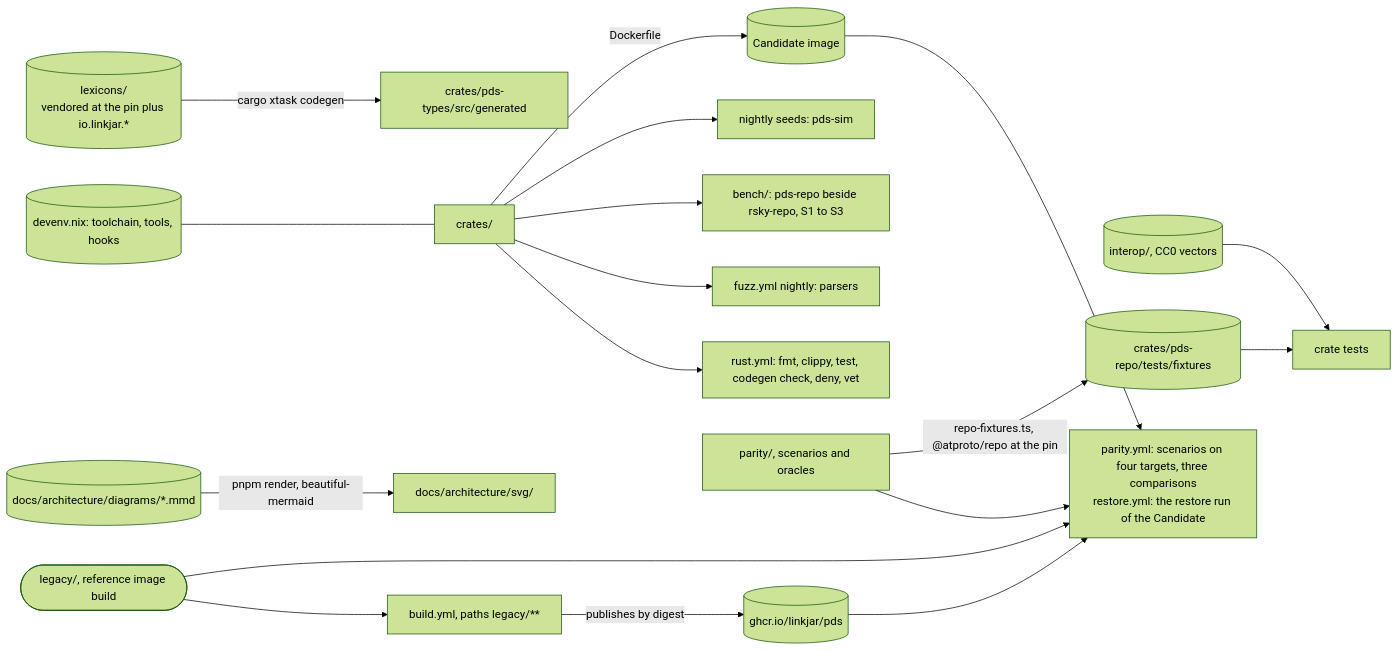
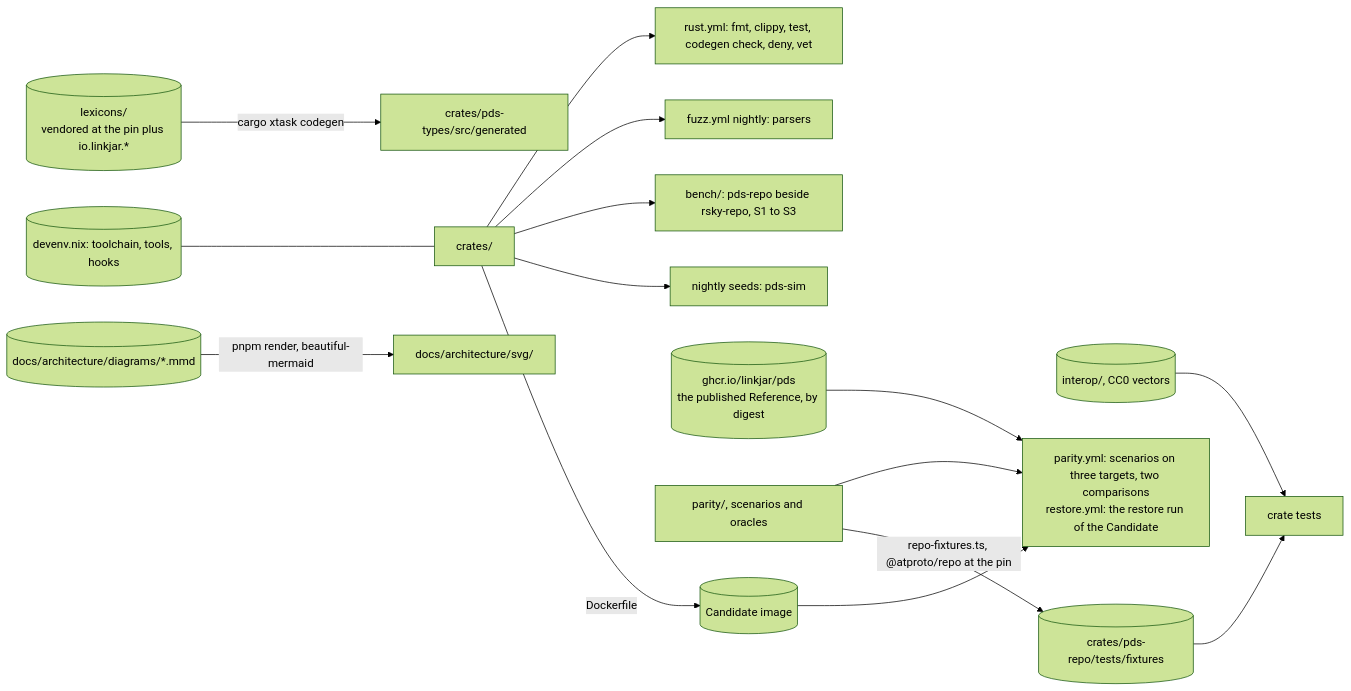
One commit to linkjar/pds changed the diagram in docs/architecture/diagrams/18-repository.mmd. Above: the diagram before and after it, drawn with Mermaid (forest theme). The commit also changed 122 other files, not shown here.

```diff
--- a/docs/architecture/diagrams/18-repository.mmd
+++ b/docs/architecture/diagrams/18-repository.mmd
@@ -1,18 +1,16 @@
 flowchart LR
   lex[(lexicons/<br/>vendored at the pin plus io.linkjar.*)] -- cargo xtask codegen --> gen[crates/pds-types/src/generated]
   interop[(interop/, CC0 vectors)] --> tests[crate tests]
   src[crates/] --> ci[rust.yml: fmt, clippy, test, codegen check, deny, vet]
   src --> fuzz[fuzz.yml nightly: parsers]
   src --> bench[bench/: pds-repo beside rsky-repo, S1 to S3]
   src --> sim[nightly seeds: pds-sim]
-  legacy([legacy/, reference image build]) --> build[build.yml, paths legacy/**]
-  build -- publishes by digest --> image[(ghcr.io/linkjar/pds)]
-  parity[parity/, scenarios and oracles] --> gate[parity.yml: scenarios on four targets, three comparisons<br/>restore.yml: the restore run of the Candidate]
+  image[(ghcr.io/linkjar/pds<br/>the published Reference, by digest)]
+  parity[parity/, scenarios and oracles] --> gate[parity.yml: scenarios on three targets, two comparisons<br/>restore.yml: the restore run of the Candidate]
   image --> gate
   src -- Dockerfile --> candidate[(Candidate image)]
   candidate --> gate
-  legacy --> gate
   parity -- repo-fixtures.ts, @atproto/repo at the pin --> fixtures[(crates/pds-repo/tests/fixtures)]
   fixtures --> tests
   devenv[(devenv.nix: toolchain, tools, hooks)] --- src
   mmd[(docs/architecture/diagrams/*.mmd)] -- pnpm render, beautiful-mermaid --> svg[docs/architecture/svg/]
```
